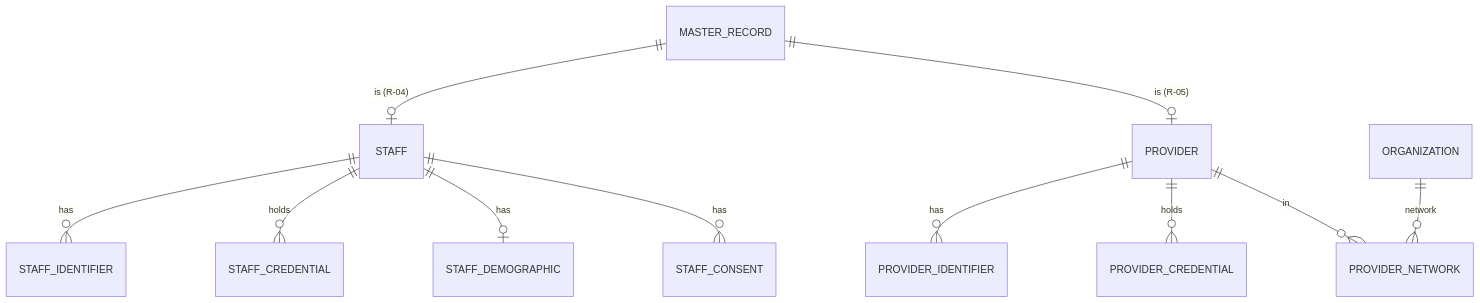
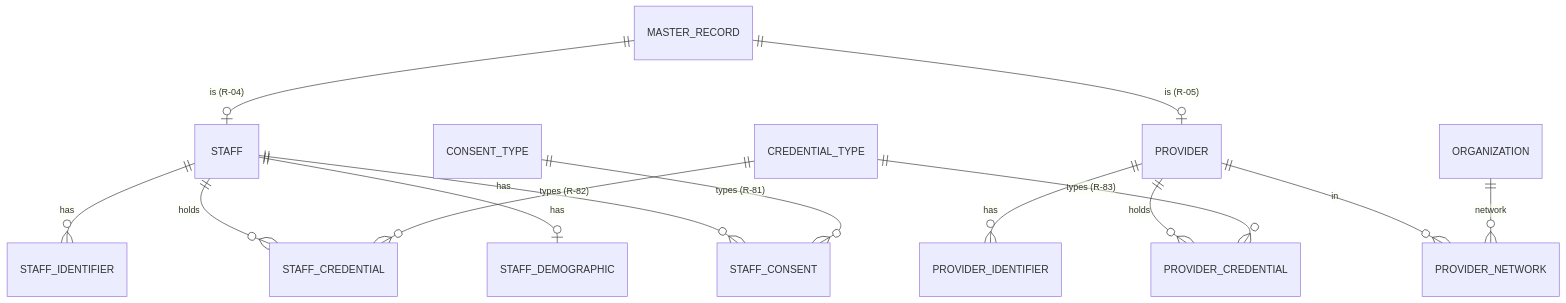
One commit to RohitPatelAtharva/hospital-erp-enterprise changed the fourth of 23 diagrams in docs/modules/master-data/06-ERD.md. Above: the diagram before and after it, drawn with Mermaid. The commit also changed other lines of this file and 17 other files, not shown here.

Commit message:
docs(architecture): lock master data phase 2 database architecture

````diff
--- a/docs/modules/master-data/06-ERD.md
+++ b/docs/modules/master-data/06-ERD.md
@@ -203,13 +207,16 @@
 ```mermaid
 erDiagram
     MASTER_RECORD ||--o| STAFF : "is (R-04)"
     MASTER_RECORD ||--o| PROVIDER : "is (R-05)"
     STAFF ||--o{ STAFF_IDENTIFIER : "has"
     STAFF ||--o{ STAFF_CREDENTIAL : "holds"
     STAFF ||--o| STAFF_DEMOGRAPHIC : "has"
     STAFF ||--o{ STAFF_CONSENT : "has"
     PROVIDER ||--o{ PROVIDER_IDENTIFIER : "has"
     PROVIDER ||--o{ PROVIDER_CREDENTIAL : "holds"
     PROVIDER ||--o{ PROVIDER_NETWORK : "in"
     ORGANIZATION ||--o{ PROVIDER_NETWORK : "network"
+    CONSENT_TYPE ||--o{ STAFF_CONSENT : "types (R-81)"
+    CREDENTIAL_TYPE ||--o{ STAFF_CREDENTIAL : "types (R-82)"
+    CREDENTIAL_TYPE ||--o{ PROVIDER_CREDENTIAL : "types (R-83)"
 ```
````
